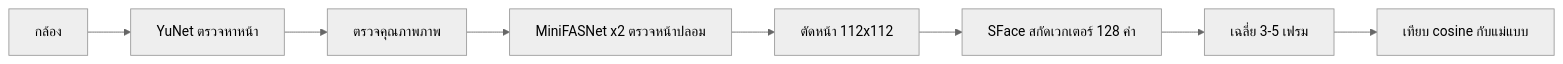
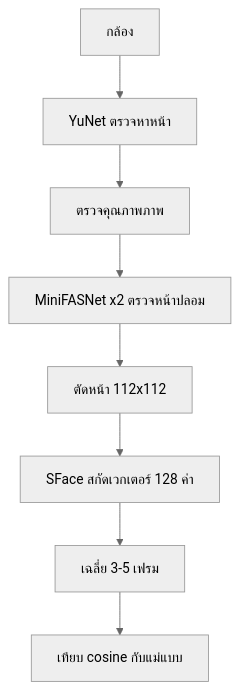
One commit to Pakon1847/ai-personal-computerV2 changed the diagram in docs/thesis/draft/ch3.md. Above: the diagram before and after it, drawn with Mermaid (neutral theme). The commit also changed other lines of this file and 22 other files, not shown here.

````diff
--- a/docs/thesis/draft/ch3.md
+++ b/docs/thesis/draft/ch3.md
@@ -173,10 +172,11 @@
 ```mermaid
-flowchart LR
+%% figure: fig-3-1
+flowchart TD
   A[กล้อง] --> B[YuNet ตรวจหาหน้า]
   B --> C[ตรวจคุณภาพภาพ]
   C --> D[MiniFASNet x2 ตรวจหน้าปลอม]
   D --> E[ตัดหน้า 112x112]
   E --> F[SFace สกัดเวกเตอร์ 128 ค่า]
   F --> G[เฉลี่ย 3-5 เฟรม]
   G --> H[เทียบ cosine กับแม่แบบ]
 ```
````
